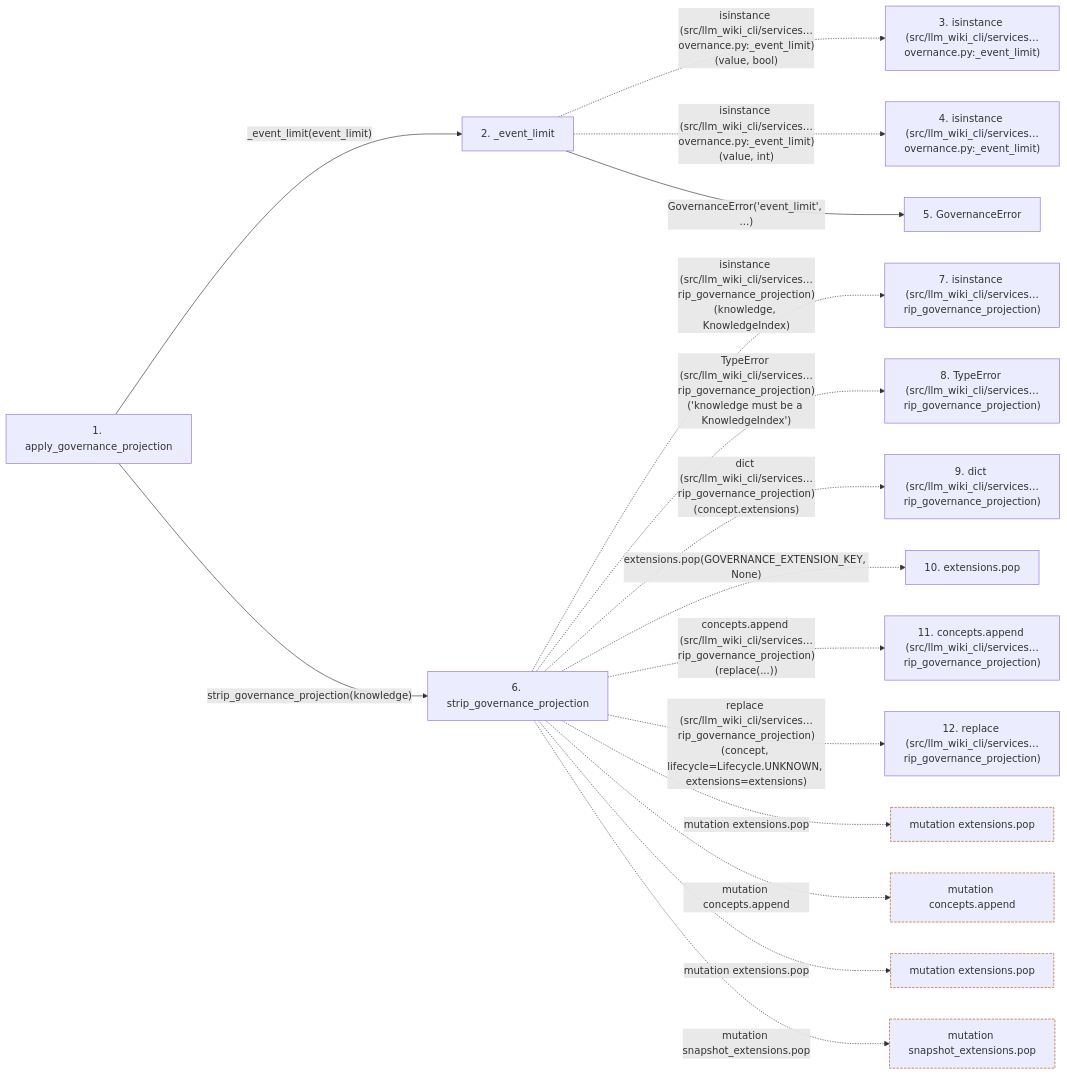
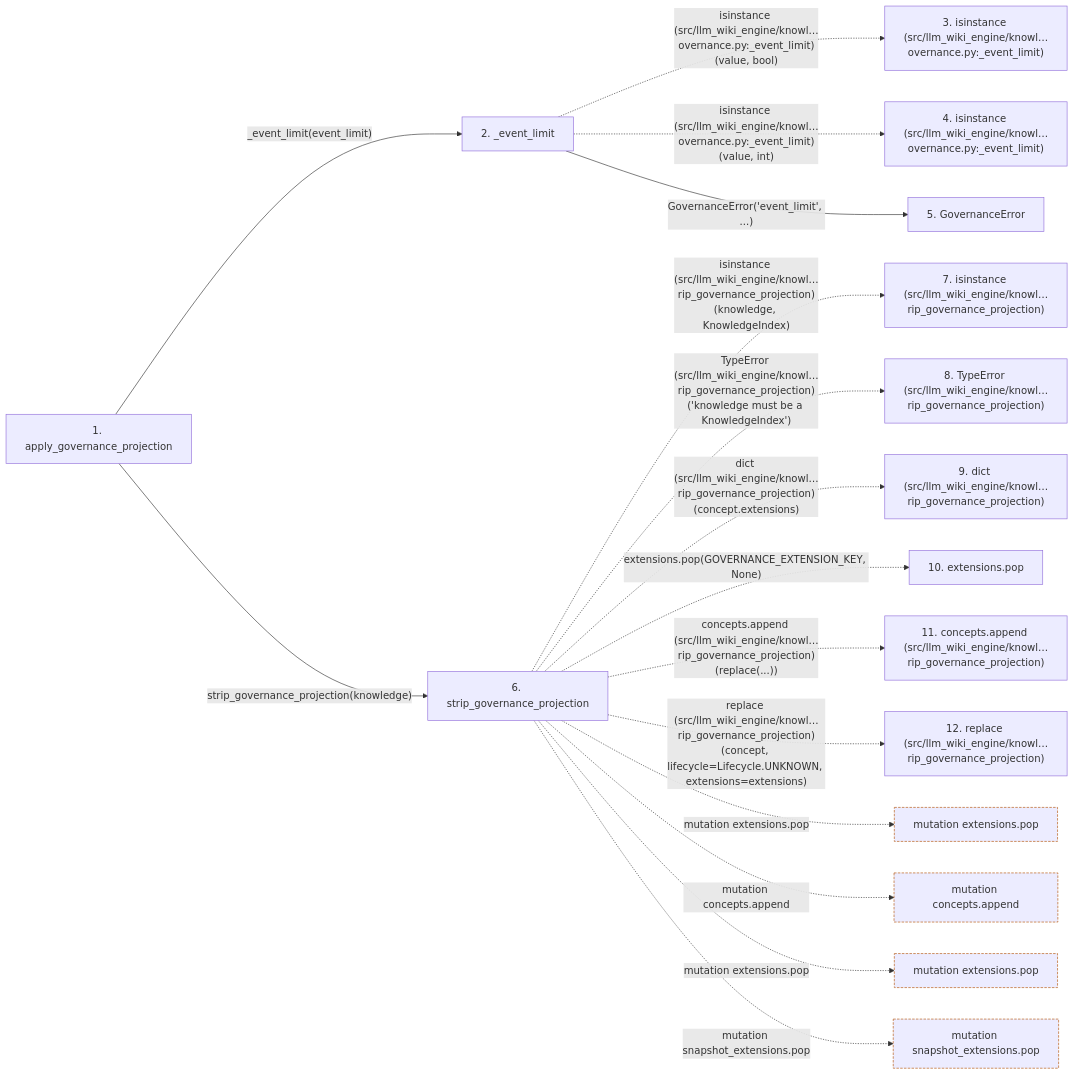
One commit to Denissvgn/python-wiki-llm changed the second of 2 diagrams in docs/llm_wiki/flows/api-apply_governance_projection.md. Above: the diagram before and after it, drawn with Mermaid. The commit also changed other lines of this file and 1058 other files, not shown here.

First line of the commit message:
docs: refresh the wiki for the knowledge store move

````diff
--- a/docs/llm_wiki/flows/api-apply_governance_projection.md
+++ b/docs/llm_wiki/flows/api-apply_governance_projection.md
@@ -143,43 +143,43 @@
 ```mermaid
 flowchart LR
     s1["1. apply_governance_projection"]
     s2["2. _event_limit"]
-    s3["3. isinstance (src/llm_wiki_cli/services…overnance.py:_event_limit)"]
-    s4["4. isinstance (src/llm_wiki_cli/services…overnance.py:_event_limit)"]
+    s3["3. isinstance (src/llm_wiki_engine/knowl…overnance.py:_event_limit)"]
+    s4["4. isinstance (src/llm_wiki_engine/knowl…overnance.py:_event_limit)"]
     s5["5. GovernanceError"]
     s6["6. strip_governance_projection"]
-    s7["7. isinstance (src/llm_wiki_cli/services…rip_governance_projection)"]
-    s8["8. TypeError (src/llm_wiki_cli/services…rip_governance_projection)"]
-    s9["9. dict (src/llm_wiki_cli/services…rip_governance_projection)"]
+    s7["7. isinstance (src/llm_wiki_engine/knowl…rip_governance_projection)"]
+    s8["8. TypeError (src/llm_wiki_engine/knowl…rip_governance_projection)"]
+    s9["9. dict (src/llm_wiki_engine/knowl…rip_governance_projection)"]
     s10["10. extensions.pop"]
-    s11["11. concepts.append (src/llm_wiki_cli/services…rip_governance_projection)"]
-    s12["12. replace (src/llm_wiki_cli/services…rip_governance_projection)"]
+    s11["11. concepts.append (src/llm_wiki_engine/knowl…rip_governance_projection)"]
+    s12["12. replace (src/llm_wiki_engine/knowl…rip_governance_projection)"]
     s1 -->|"_event_limit(event_limit)"| s2
-    s2 -. "isinstance (src/llm_wiki_cli/services…overnance.py:_event_limit)(value, bool)" .-> s3
-    s2 -. "isinstance (src/llm_wiki_cli/services…overnance.py:_event_limit)(value, int)" .-> s4
+    s2 -. "isinstance (src/llm_wiki_engine/knowl…overnance.py:_event_limit)(value, bool)" .-> s3
+    s2 -. "isinstance (src/llm_wiki_engine/knowl…overnance.py:_event_limit)(value, int)" .-> s4
     s2 -->|"GovernanceError('event_limit', ...)"| s5
     s1 -->|"strip_governance_projection(knowledge)"| s6
-    s6 -. "isinstance (src/llm_wiki_cli/services…rip_governance_projection)(knowledge, KnowledgeIndex)" .-> s7
-    s6 -. "TypeError (src/llm_wiki_cli/services…rip_governance_projection)('knowledge must be a KnowledgeIndex')" .-> s8
-    s6 -. "dict (src/llm_wiki_cli/services…rip_governance_projection)(concept.extensions)" .-> s9
+    s6 -. "isinstance (src/llm_wiki_engine/knowl…rip_governance_projection)(knowledge, KnowledgeIndex)" .-> s7
+    s6 -. "TypeError (src/llm_wiki_engine/knowl…rip_governance_projection)('knowledge must be a KnowledgeIndex')" .-> s8
+    s6 -. "dict (src/llm_wiki_engine/knowl…rip_governance_projection)(concept.extensions)" .-> s9
     s6 -. "extensions.pop(GOVERNANCE_EXTENSION_KEY, None)" .-> s10
-    s6 -. "concepts.append (src/llm_wiki_cli/services…rip_governance_projection)(replace(...))" .-> s11
-    s6 -. "replace (src/llm_wiki_cli/services…rip_governance_projection)(concept, lifecycle=Lifecycle.UNKNOWN, extensions=extensions)" .-> s12
+    s6 -. "concepts.append (src/llm_wiki_engine/knowl…rip_governance_projection)(replace(...))" .-> s11
+    s6 -. "replace (src/llm_wiki_engine/knowl…rip_governance_projection)(concept, lifecycle=Lifecycle.UNKNOWN, extensions=extensions)" .-> s12
     b0["mutation extensions.pop"]
     s6 -. "mutation extensions.pop" .-> b0
     b1["mutation concepts.append"]
     s6 -. "mutation concepts.append" .-> b1
     b2["mutation extensions.pop"]
     s6 -. "mutation extensions.pop" .-> b2
     b3["mutation snapshot_extensions.pop"]
     s6 -. "mutation snapshot_extensions.pop" .-> b3
     click s1 "../modules/knowledge_governance.md"
     click s2 "../modules/knowledge_governance.md"
     click s5 "../modules/knowledge_governance.md"
     click s6 "../modules/knowledge_governance.md"
     classDef boundary stroke:#b45309,stroke-dasharray: 4 2
     class b0 boundary
     class b1 boundary
     class b2 boundary
     class b3 boundary
 ```
````
